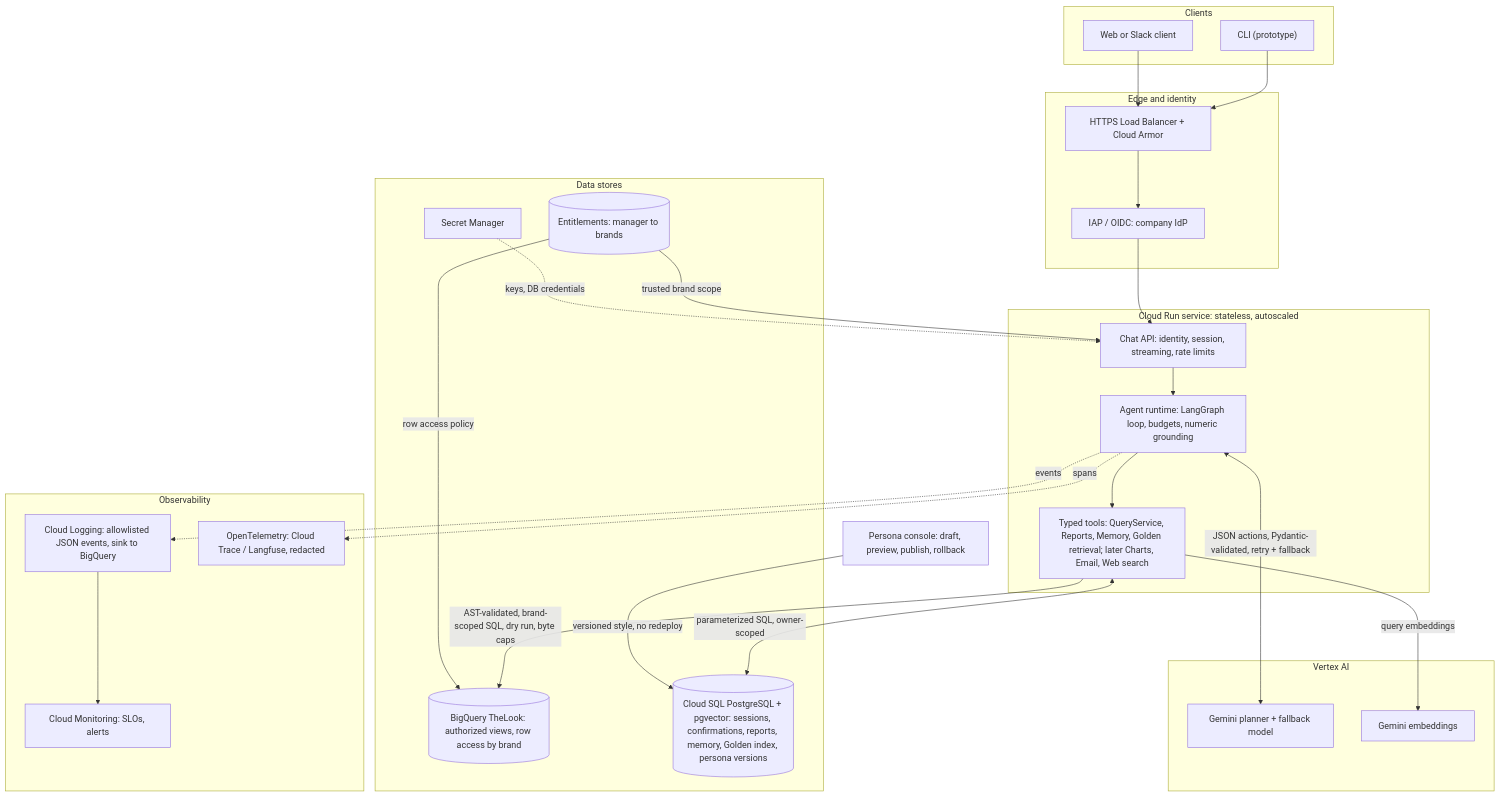
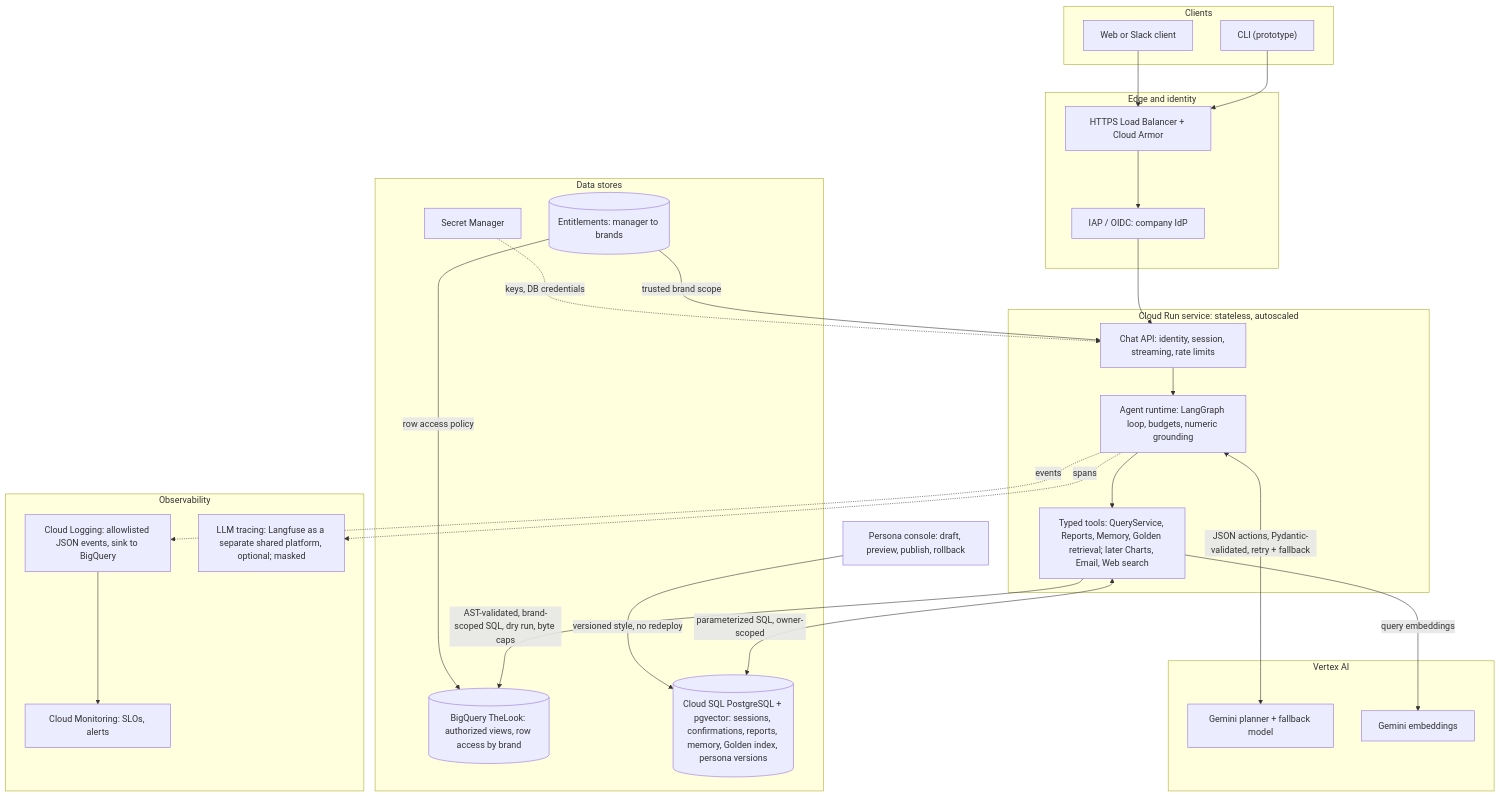
Before and after one commit to BenFruit/opsfleet_retail: the first of 3 diagrams in HLD/PRODUCTION_HLD.md, drawn with Mermaid. The commit also changed other lines of this file and 2 other files, not shown here.

Commit message:
docs: describe Langfuse as a separate shared tracing platform

````diff
--- a/HLD/PRODUCTION_HLD.md
+++ b/HLD/PRODUCTION_HLD.md
@@ -49,59 +49,59 @@
 ```mermaid
 %% PROPOSED production serving architecture on Google Cloud (online path).
 %% Offline Golden ingestion, evaluation gates and feedback mining: learning-loop.mmd.
 %% The prototype implements the agent runtime, typed tools, BigQuery path and
 %% PostgreSQL stores locally behind a CLI with a trusted startup identity.
 flowchart TB
     subgraph Clients["Clients"]
         CLI["CLI (prototype)"]
         WEB["Web or Slack client"]
     end
 
     subgraph Edge["Edge and identity"]
         LB["HTTPS Load Balancer + Cloud Armor"]
         IDP["IAP / OIDC: company IdP"]
     end
 
     subgraph Run["Cloud Run service: stateless, autoscaled"]
         API["Chat API: identity, session, streaming, rate limits"]
         AGENT["Agent runtime: LangGraph loop, budgets, numeric grounding"]
         TOOLS["Typed tools: QueryService, Reports, Memory, Golden retrieval; later Charts, Email, Web search"]
     end
 
     subgraph AI["Vertex AI"]
         GEM["Gemini planner + fallback model"]
         EMB["Gemini embeddings"]
     end
 
     subgraph Data["Data stores"]
         BQ[("BigQuery TheLook: authorized views, row access by brand")]
         PG[("Cloud SQL PostgreSQL + pgvector: sessions, confirmations, reports, memory, Golden index, persona versions")]
         ENT[("Entitlements: manager to brands")]
         SEC["Secret Manager"]
     end
 
     subgraph Ops["Observability"]
         LOGS["Cloud Logging: allowlisted JSON events, sink to BigQuery"]
-        TRACE["OpenTelemetry: Cloud Trace / Langfuse, redacted"]
+        TRACE["LLM tracing: Langfuse as a separate shared platform, optional; masked"]
         MON["Cloud Monitoring: SLOs, alerts"]
     end
 
     PERSONA["Persona console: draft, preview, publish, rollback"]
 
     CLI --> LB
     WEB --> LB
     LB --> IDP --> API
     ENT -->|"trusted brand scope"| API
     SEC -.->|"keys, DB credentials"| API
     API --> AGENT
     AGENT <-->|"JSON actions, Pydantic-validated, retry + fallback"| GEM
     AGENT --> TOOLS
     TOOLS -->|"AST-validated, brand-scoped SQL, dry run, byte caps"| BQ
     ENT -->|"row access policy"| BQ
     TOOLS <-->|"parameterized SQL, owner-scoped"| PG
     TOOLS -->|"query embeddings"| EMB
     PERSONA -->|"versioned style, no redeploy"| PG
     AGENT -.->|"events"| LOGS
     AGENT -.->|"spans"| TRACE
     LOGS --> MON
 ```
````
